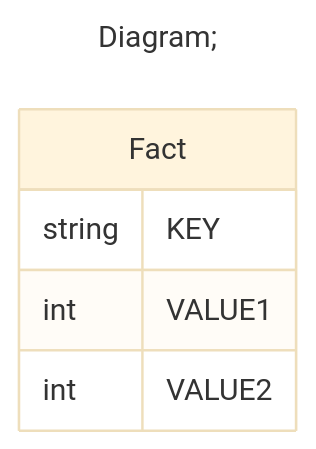
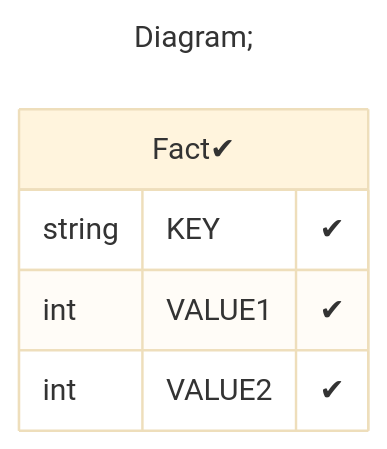
One commit to xmla-services/workground changed the third of 3 diagrams in demo/server/catalogs/tutorial_01-04_Cube_Measure_MultipleMeasures/README.MD. Above: the diagram before and after it, drawn with Mermaid (base theme). The commit also changed 44 other files, not shown here.

Commit message:
tutorials. add flags (positive, negative) in database diagram Signed-off-by: dbulahov <bulahovdenis@gmail.com>

````diff
--- a/demo/server/catalogs/tutorial_01-04_Cube_Measure_MultipleMeasures/README.MD
+++ b/demo/server/catalogs/tutorial_01-04_Cube_Measure_MultipleMeasures/README.MD
@@ -66,12 +66,12 @@
 ```mermaid
 ---
 title: Diagram;
 ---
 erDiagram
-Fact{
-string KEY
-int VALUE1
-int VALUE2
+"Fact✔"{
+string KEY "✔"
+int VALUE1 "✔"
+int VALUE2 "✔"
 }
 
 ```
````
